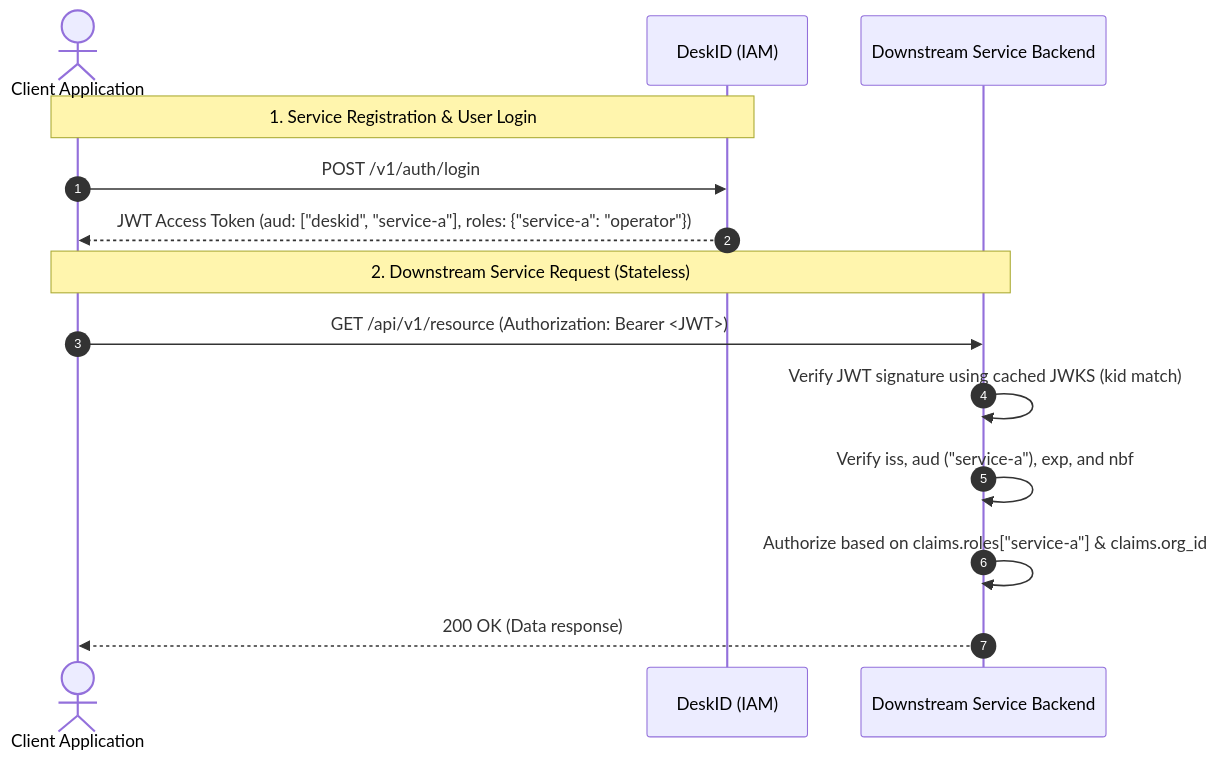
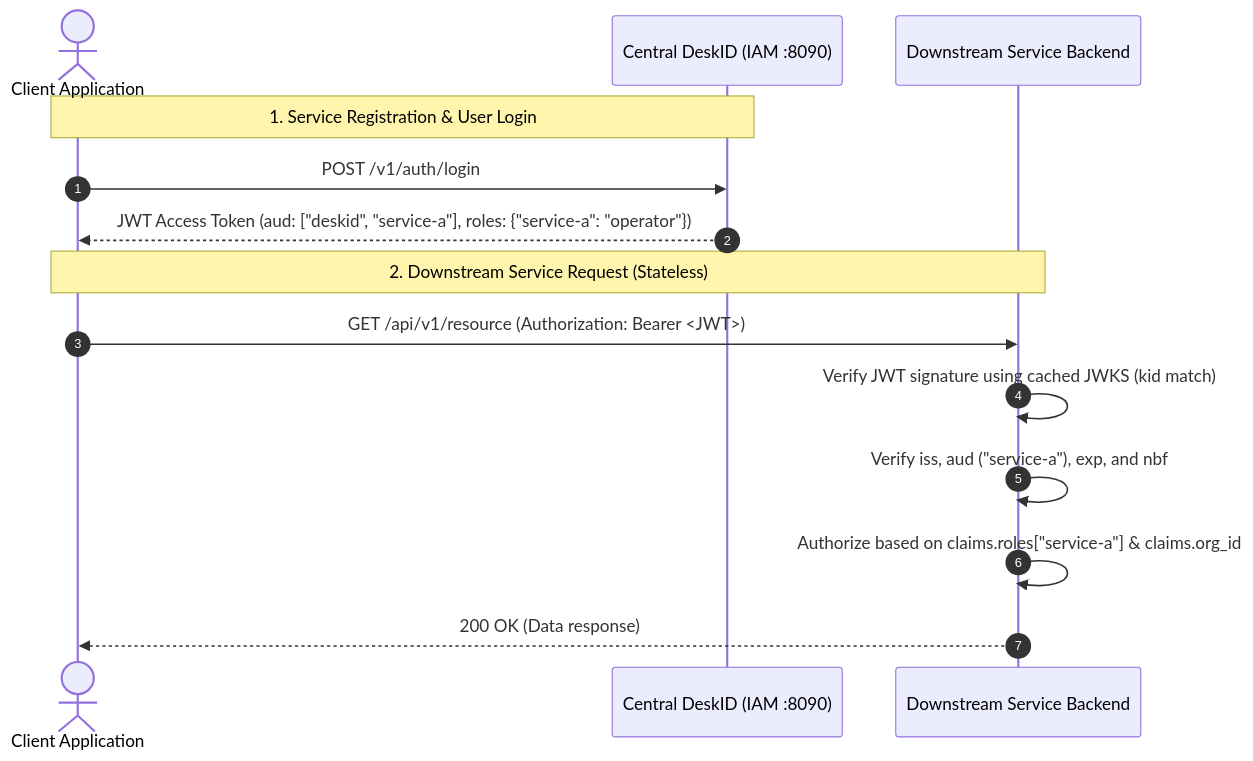
One commit to pisigmac/DeskId changed the first of 4 diagrams in docs/product_onboarding.md. Above: the diagram before and after it, drawn with Mermaid. The commit also changed other lines of this file and 20 other files, not shown here.

````diff
--- a/docs/product_onboarding.md
+++ b/docs/product_onboarding.md
@@ -18,18 +18,18 @@
 ```mermaid
 sequenceDiagram
     autonumber
     actor User as Client Application
-    participant DeskID as DeskID (IAM)
+    participant DeskID as Central DeskID (IAM :8090)
     participant Svc as Downstream Service Backend
 
     Note over User,DeskID: 1. Service Registration & User Login
     User->>DeskID: POST /v1/auth/login
     DeskID-->>User: JWT Access Token (aud: ["deskid", "service-a"], roles: {"service-a": "operator"})
 
     Note over User,Svc: 2. Downstream Service Request (Stateless)
     User->>Svc: GET /api/v1/resource (Authorization: Bearer <JWT>)
     Svc->>Svc: Verify JWT signature using cached JWKS (kid match)
     Svc->>Svc: Verify iss, aud ("service-a"), exp, and nbf
     Svc->>Svc: Authorize based on claims.roles["service-a"] & claims.org_id
     Svc-->>User: 200 OK (Data response)
 ```
````
